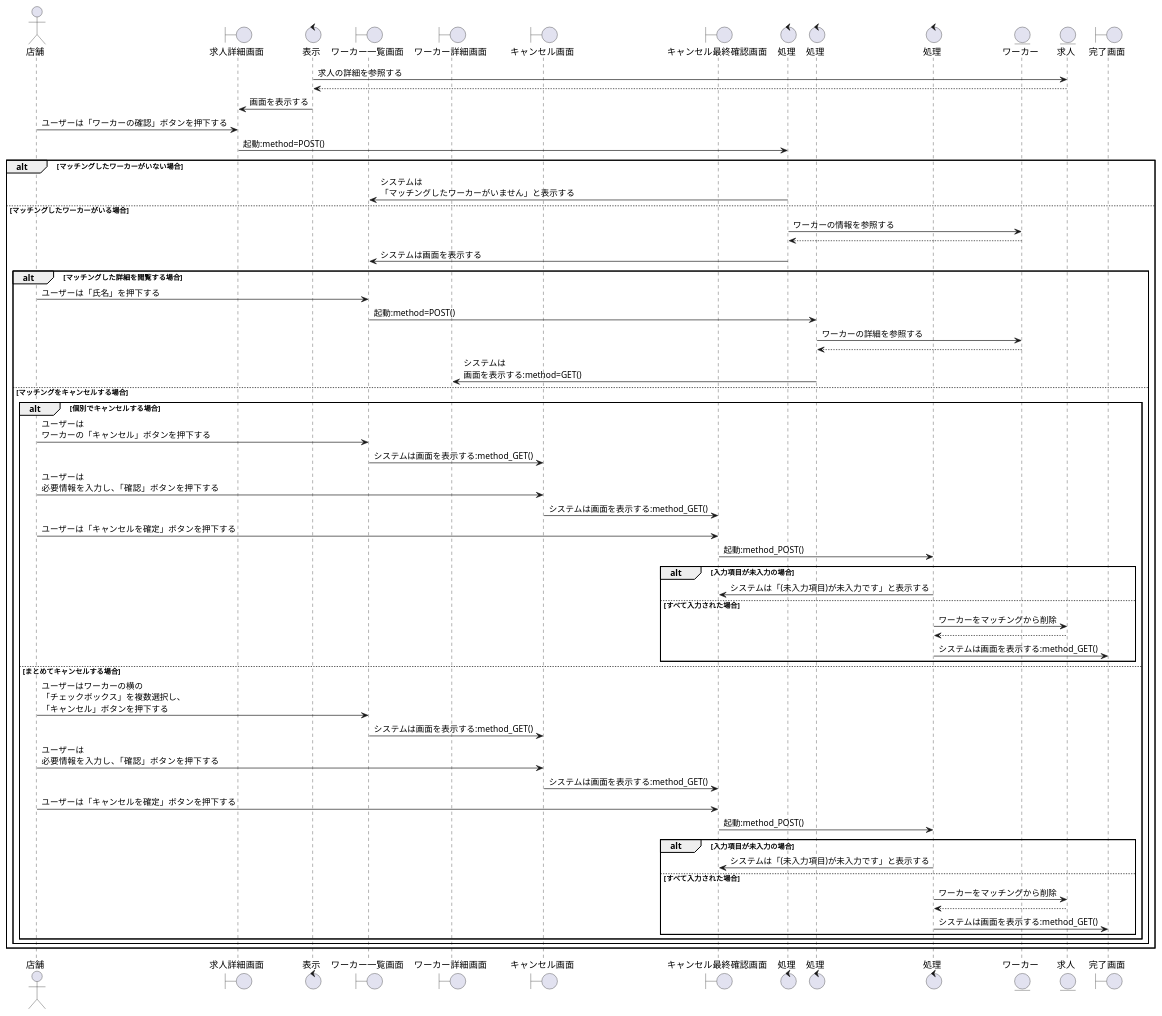
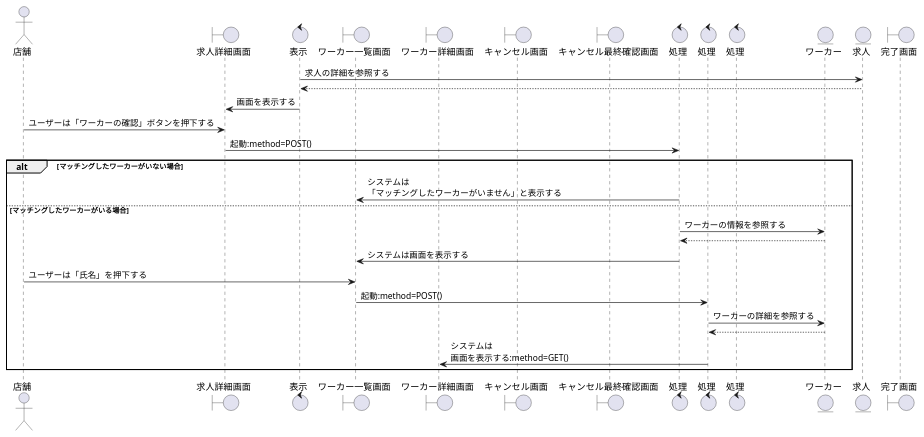
The diagram in sequence_fig/8_storeside_fn/04_マッチングしたワーカーの確認をする.pu (irukacb256/high_Me), drawn with PlantUML before and after one commit.

```diff
--- a/sequence_fig/8_storeside_fn/04_マッチングしたワーカーの確認をする.pu
+++ b/sequence_fig/8_storeside_fn/04_マッチングしたワーカーの確認をする.pu
@@ -1,82 +1,40 @@
 @startuml マッチングしたワーカーの確認をする
 
 actor 店舗 as cp1
 
 boundary 求人詳細画面 as b1
 control 表示 as co1
 boundary ワーカー一覧画面 as b2
 boundary ワーカー詳細画面 as b3
 boundary キャンセル画面 as b4
 boundary キャンセル最終確認画面 as b5
 control 処理 as co2
 control 処理 as co3
 control 処理 as co4
 
 entity ワーカー as wo1
 entity 求人 as jb1
 boundary 完了画面 as b6
 
 co1 -> jb1 : 求人の詳細を参照する
 co1 <-- jb1
 co1 -> b1 : 画面を表示する
 cp1 -> b1 : ユーザーは「ワーカーの確認」ボタンを押下する
 b1 -> co2 : 起動:method=POST()
 
 alt マッチングしたワーカーがいない場合
     co2 -> b2 : システムは\n「マッチングしたワーカーがいません」と表示する
 
 else マッチングしたワーカーがいる場合
     co2 -> wo1 : ワーカーの情報を参照する
     co2 <-- wo1
     co2 -> b2 : システムは画面を表示する
 
-    alt マッチングした詳細を閲覧する場合
         cp1 -> b2 : ユーザーは「氏名」を押下する
         b2 -> co3 : 起動:method=POST()
         co3 -> wo1 : ワーカーの詳細を参照する
         co3 <-- wo1
         co3 -> b3 : システムは\n画面を表示する:method=GET()
 
-    else マッチングをキャンセルする場合
-
-        alt 個別でキャンセルする場合
-            cp1 -> b2 : ユーザーは\nワーカーの「キャンセル」ボタンを押下する
-            b2 -> b4 : システムは画面を表示する:method_GET()
-            cp1 -> b4 : ユーザーは\n必要情報を入力し、「確認」ボタンを押下する
-            b4 -> b5 : システムは画面を表示する:method_GET()
-            cp1 -> b5 : ユーザーは「キャンセルを確定」ボタンを押下する
-            b5 -> co4 : 起動:method_POST()
-
-            alt 入力項目が未入力の場合
-                co4 -> b5 : システムは「(未入力項目)が未入力です」と表示する
-
-            else すべて入力された場合
-                co4 -> jb1  : ワーカーをマッチングから削除
-                co4 <-- jb1
-                co4 -> b6 : システムは画面を表示する:method_GET()
-
-            end
-
-        else まとめてキャンセルする場合
-
-            cp1 -> b2 : ユーザーはワーカーの横の\n「チェックボックス」を複数選択し、\n「キャンセル」ボタンを押下する
-            b2 -> b4 : システムは画面を表示する:method_GET()
-            cp1 -> b4 : ユーザーは\n必要情報を入力し、「確認」ボタンを押下する
-            b4 -> b5 : システムは画面を表示する:method_GET()
-            cp1 -> b5 : ユーザーは「キャンセルを確定」ボタンを押下する
-            b5 -> co4 : 起動:method_POST()
-
-            alt 入力項目が未入力の場合
-                co4 -> b5 : システムは「(未入力項目)が未入力です」と表示する
-
-            else すべて入力された場合
-                co4 -> jb1  : ワーカーをマッチングから削除
-                co4 <-- jb1
-                co4 -> b6 : システムは画面を表示する:method_GET()
-
-            end
-
-        end
-    end
 end
 @enduml
```
